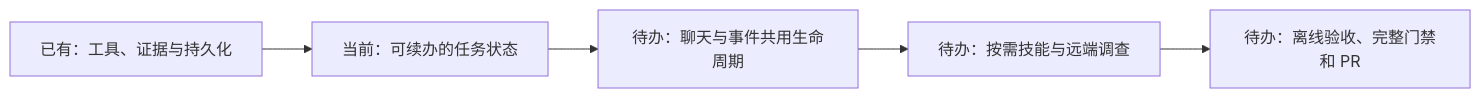
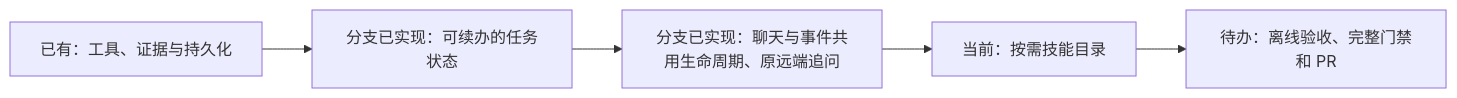
One commit to Sugarfarmeriod/TunnelMinion changed the diagram in docs/project/stages/2026-10-20-agent-task-harness.md. Above: the diagram before and after it, drawn with Mermaid. The commit also changed other lines of this file and 13 other files, not shown here.

````diff
--- a/docs/project/stages/2026-10-20-agent-task-harness.md
+++ b/docs/project/stages/2026-10-20-agent-task-harness.md
@@ -40,7 +41,7 @@
 ```mermaid
 flowchart LR
-    A["已有：工具、证据与持久化"] --> B["当前：可续办的任务状态"]
-    B --> C["待办：聊天与事件共用生命周期"]
-    C --> D["待办：按需技能与远端调查"]
+    A["已有：工具、证据与持久化"] --> B["分支已实现：可续办的任务状态"]
+    B --> C["分支已实现：聊天与事件共用生命周期、原远端追问"]
+    C --> D["当前：按需技能目录"]
     D --> E["待办：离线验收、完整门禁和 PR"]
 ```
````
